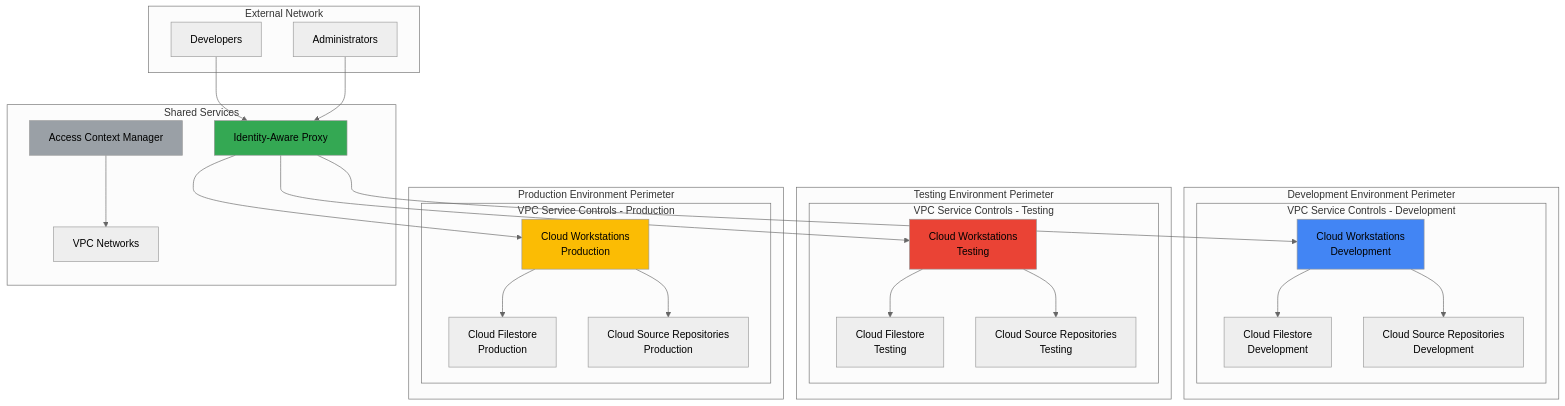
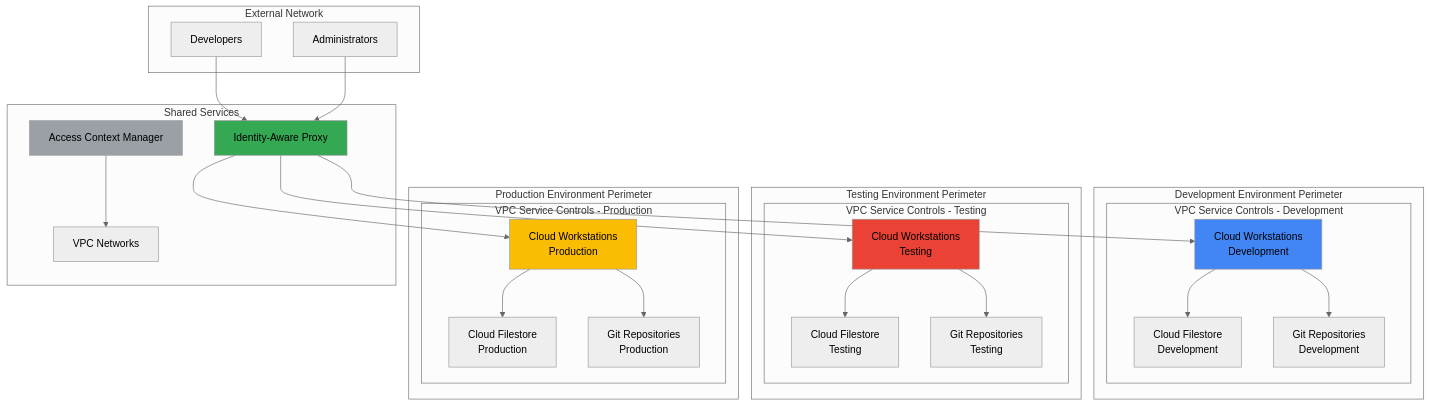
Before and after one commit to mzazon/awesome-cloud-projects: the diagram in gcp/multi-environment-development-isolation-vpc-service-controls-cloud-workstations/multi-environment-development-isolation-vpc-service-controls-cloud-workstations.md, drawn with Mermaid (neutral theme). The commit also changed other lines of this file and 5581 other files, not shown here.

````diff
--- a/gcp/multi-environment-development-isolation-vpc-service-controls-cloud-workstations/multi-environment-development-isolation-vpc-service-controls-cloud-workstations.md
+++ b/gcp/multi-environment-development-isolation-vpc-service-controls-cloud-workstations/multi-environment-development-isolation-vpc-service-controls-cloud-workstations.md
@@ -30,58 +30,58 @@
 ```mermaid
 graph TB
     subgraph "External Network"
         DEV[Developers]
         ADMIN[Administrators]
     end
     
     subgraph "Development Environment Perimeter"
         subgraph "VPC Service Controls - Development"
             CWS_DEV[Cloud Workstations<br/>Development]
             CFS_DEV[Cloud Filestore<br/>Development]
-            CSM_DEV[Cloud Source Repositories<br/>Development]
+            GIT_DEV[Git Repositories<br/>Development]
         end
     end
     
     subgraph "Testing Environment Perimeter"
         subgraph "VPC Service Controls - Testing"
             CWS_TEST[Cloud Workstations<br/>Testing]
             CFS_TEST[Cloud Filestore<br/>Testing]
-            CSM_TEST[Cloud Source Repositories<br/>Testing]
+            GIT_TEST[Git Repositories<br/>Testing]
         end
     end
     
     subgraph "Production Environment Perimeter"
         subgraph "VPC Service Controls - Production"
             CWS_PROD[Cloud Workstations<br/>Production]
             CFS_PROD[Cloud Filestore<br/>Production]
-            CSM_PROD[Cloud Source Repositories<br/>Production]
+            GIT_PROD[Git Repositories<br/>Production]
         end
     end
     
     subgraph "Shared Services"
         IAP[Identity-Aware Proxy]
         ACM[Access Context Manager]
         VPC[VPC Networks]
     end
     
     DEV --> IAP
     ADMIN --> IAP
     IAP --> CWS_DEV
     IAP --> CWS_TEST
     IAP --> CWS_PROD
     
     CWS_DEV --> CFS_DEV
-    CWS_DEV --> CSM_DEV
+    CWS_DEV --> GIT_DEV
     CWS_TEST --> CFS_TEST
-    CWS_TEST --> CSM_TEST
+    CWS_TEST --> GIT_TEST
     CWS_PROD --> CFS_PROD
-    CWS_PROD --> CSM_PROD
+    CWS_PROD --> GIT_PROD
     
     ACM --> VPC
     
     style CWS_DEV fill:#4285f4
     style CWS_TEST fill:#ea4335
     style CWS_PROD fill:#fbbc04
     style IAP fill:#34a853
     style ACM fill:#9aa0a6
 ```
````
